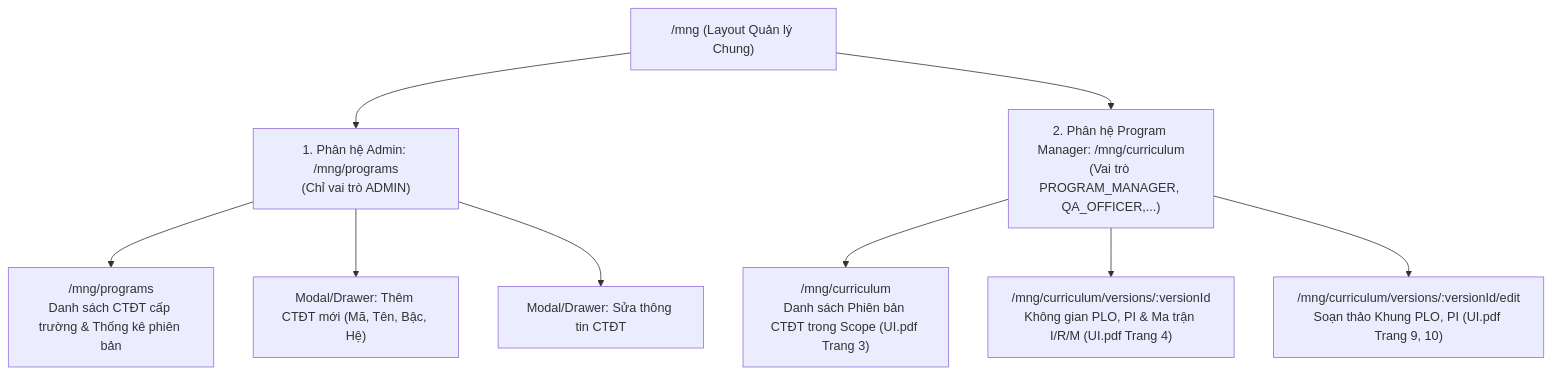
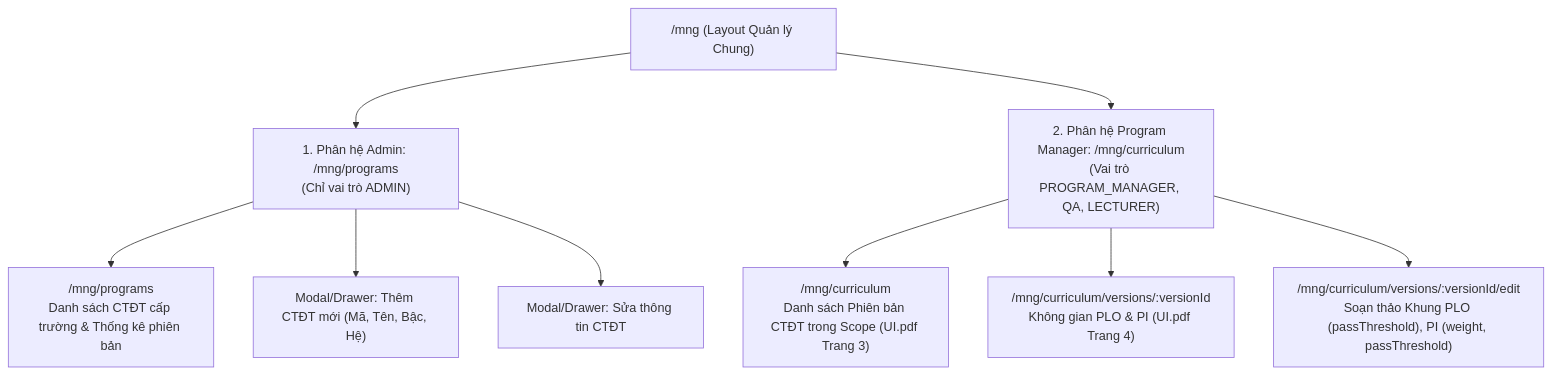
The second of 2 diagrams in doc/plan/F02-ctdt-plo-pi-ui.md (UTE-LMS/LMS-UI), drawn with Mermaid before and after one commit. The commit also changed other lines of this file and 59 other files, not shown here.

````diff
--- a/doc/plan/F02-ctdt-plo-pi-ui.md
+++ b/doc/plan/F02-ctdt-plo-pi-ui.md
@@ -73,13 +73,13 @@
 ```mermaid
 flowchart TD
     MngRoot["/mng (Layout Quản lý Chung)"] --> AdminSection["1. Phân hệ Admin: /mng/programs<br/>(Chỉ vai trò ADMIN)"]
-    MngRoot --> PMSection["2. Phân hệ Program Manager: /mng/curriculum<br/>(Vai trò PROGRAM_MANAGER, QA_OFFICER,...)"]
+    MngRoot --> PMSection["2. Phân hệ Program Manager: /mng/curriculum<br/>(Vai trò PROGRAM_MANAGER, QA, LECTURER)"]
 
     AdminSection --> AdminList["/mng/programs<br/>Danh sách CTĐT cấp trường & Thống kê phiên bản"]
     AdminSection --> AdminNew["Modal/Drawer: Thêm CTĐT mới (Mã, Tên, Bậc, Hệ)"]
     AdminSection --> AdminEdit["Modal/Drawer: Sửa thông tin CTĐT"]
 
     PMSection --> PMVersionList["/mng/curriculum<br/>Danh sách Phiên bản CTĐT trong Scope (UI.pdf Trang 3)"]
-    PMSection --> PMDetail["/mng/curriculum/versions/:versionId<br/>Không gian PLO, PI & Ma trận I/R/M (UI.pdf Trang 4)"]
-    PMSection --> PMEdit["/mng/curriculum/versions/:versionId/edit<br/>Soạn thảo Khung PLO, PI (UI.pdf Trang 9, 10)"]
+    PMSection --> PMDetail["/mng/curriculum/versions/:versionId<br/>Không gian PLO & PI (UI.pdf Trang 4)"]
+    PMSection --> PMEdit["/mng/curriculum/versions/:versionId/edit<br/>Soạn thảo Khung PLO (passThreshold), PI (weight, passThreshold)"]
 ```
````
